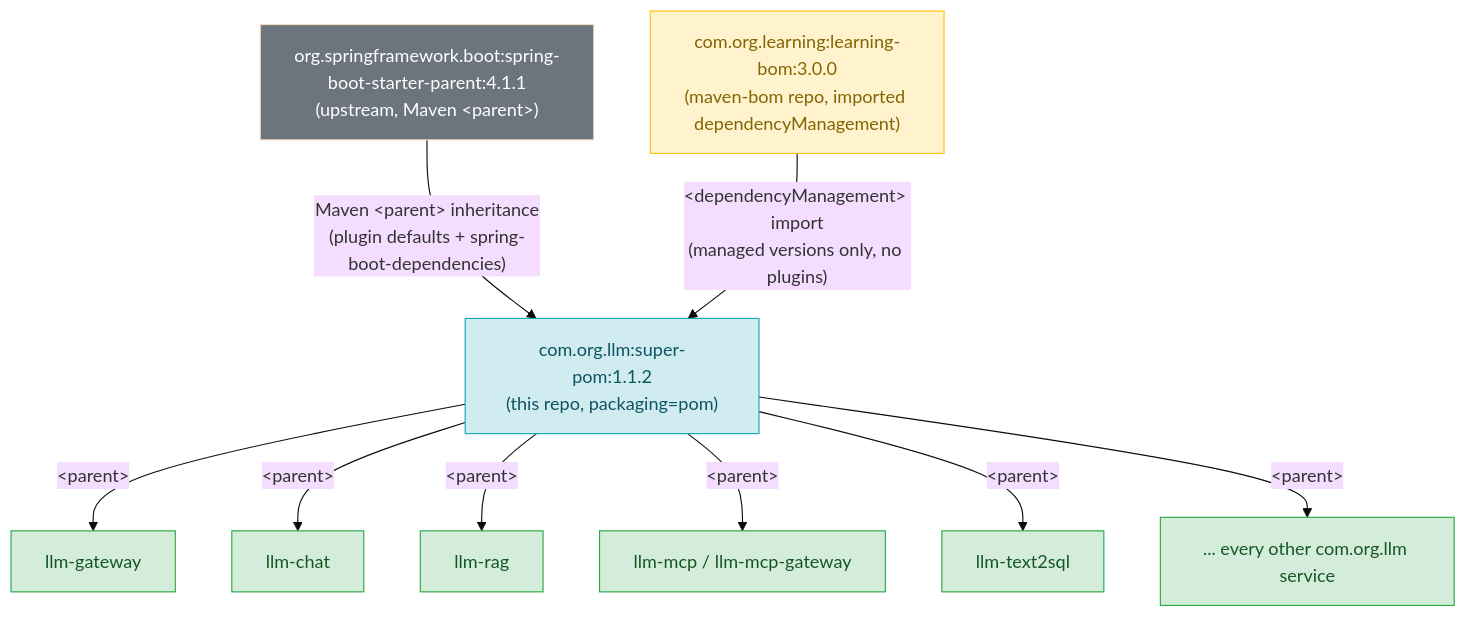
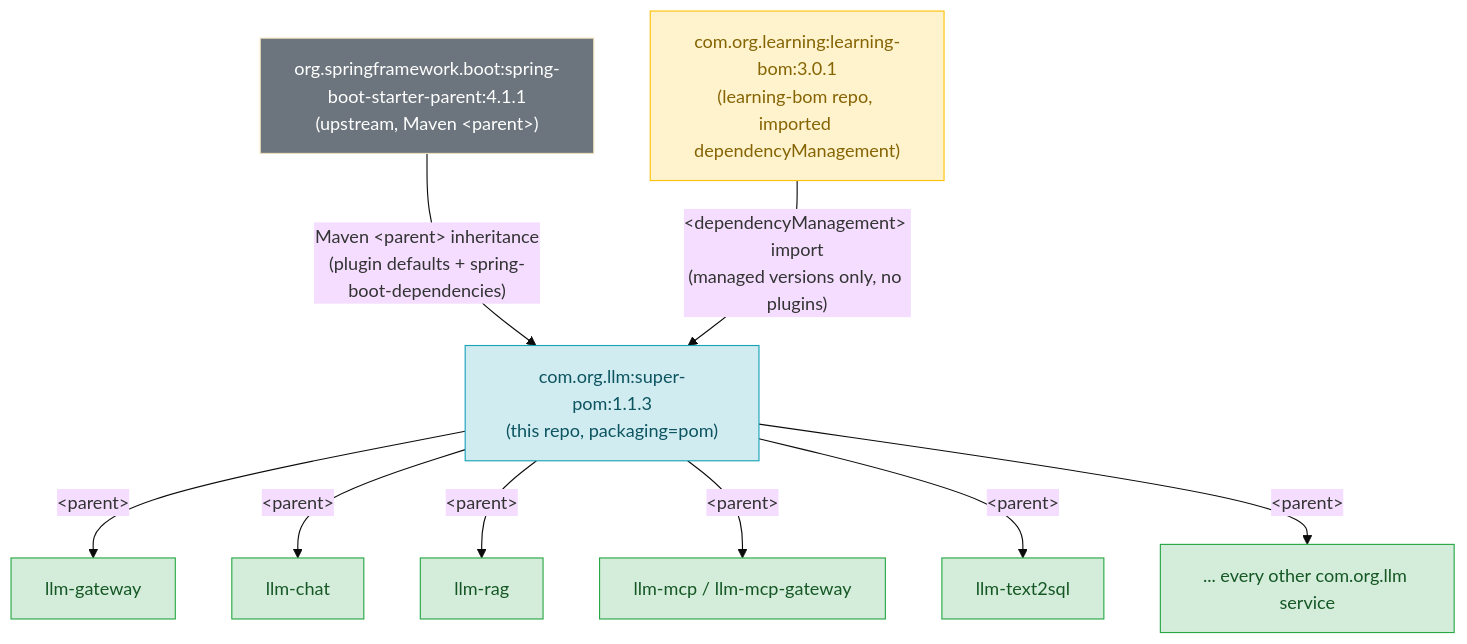
One commit to himnay/super-pom changed the first of 2 diagrams in README.md. Above: the diagram before and after it, drawn with Mermaid (base theme). The commit also changed other lines of this file and 1 other file, not shown here.

First line of the commit message:
Release super-pom 1.1.3: learning-bom 3.0.1, Spotless 3.10.3

````diff
--- a/README.md
+++ b/README.md
@@ -222,26 +222,26 @@
 ```mermaid
 graph TD
     SBSP["org.springframework.boot:spring-boot-starter-parent:4.1.1<br/>(upstream, Maven &lt;parent&gt;)"]
-    BOM["com.org.learning:learning-bom:3.0.0<br/>(maven-bom repo, imported dependencyManagement)"]
-    SP["com.org.llm:super-pom:1.1.2<br/>(this repo, packaging=pom)"]
+    BOM["com.org.learning:learning-bom:3.0.1<br/>(learning-bom repo, imported dependencyManagement)"]
+    SP["com.org.llm:super-pom:1.1.3<br/>(this repo, packaging=pom)"]
 
     SBSP -->|"Maven &lt;parent&gt; inheritance<br/>(plugin defaults + spring-boot-dependencies)"| SP
     BOM -->|"&lt;dependencyManagement&gt; import<br/>(managed versions only, no plugins)"| SP
 
     SP -->|"&lt;parent&gt;"| LG[llm-gateway]
     SP -->|"&lt;parent&gt;"| LC[llm-chat]
     SP -->|"&lt;parent&gt;"| LR[llm-rag]
     SP -->|"&lt;parent&gt;"| LM[llm-mcp / llm-mcp-gateway]
     SP -->|"&lt;parent&gt;"| LT[llm-text2sql]
     SP -->|"&lt;parent&gt;"| LO[... every other com.org.llm service]
 
     style SBSP fill:#6c757d,color:#fff
     style BOM fill:#fff3cd,color:#856404,stroke:#ffc107
     style SP fill:#d1ecf1,color:#0c5460,stroke:#17a2b8
     style LG fill:#d4edda,color:#155724,stroke:#28a745
     style LC fill:#d4edda,color:#155724,stroke:#28a745
     style LR fill:#d4edda,color:#155724,stroke:#28a745
     style LM fill:#d4edda,color:#155724,stroke:#28a745
     style LT fill:#d4edda,color:#155724,stroke:#28a745
     style LO fill:#d4edda,color:#155724,stroke:#28a745
 ```
````
